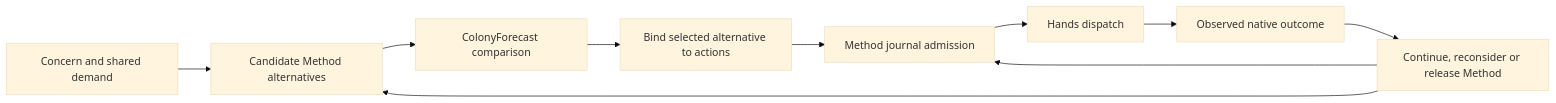
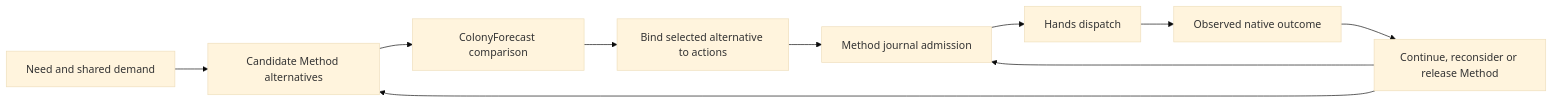
One commit to davidarcher/rimgovernor changed the second of 3 diagrams in docs/developers/architecture/overview.md. Above: the diagram before and after it, drawn with Mermaid (base theme). The commit also changed other lines of this file and 32 other files, not shown here.

````diff
--- a/docs/developers/architecture/overview.md
+++ b/docs/developers/architecture/overview.md
@@ -80,12 +78,12 @@
 ```mermaid
 flowchart LR
-    Concern[Concern and shared demand] --> Candidates[Candidate Method alternatives]
+    Need[Need and shared demand] --> Candidates[Candidate Method alternatives]
     Candidates --> Forecast[ColonyForecast comparison]
     Forecast --> Bind[Bind selected alternative to actions]
     Bind --> Journal[Method journal admission]
     Journal --> Hands[Hands dispatch]
     Hands --> Outcome[Observed native outcome]
     Outcome --> Continue[Continue, reconsider or release Method]
     Continue --> Candidates
     Continue --> Journal
 ```
````
